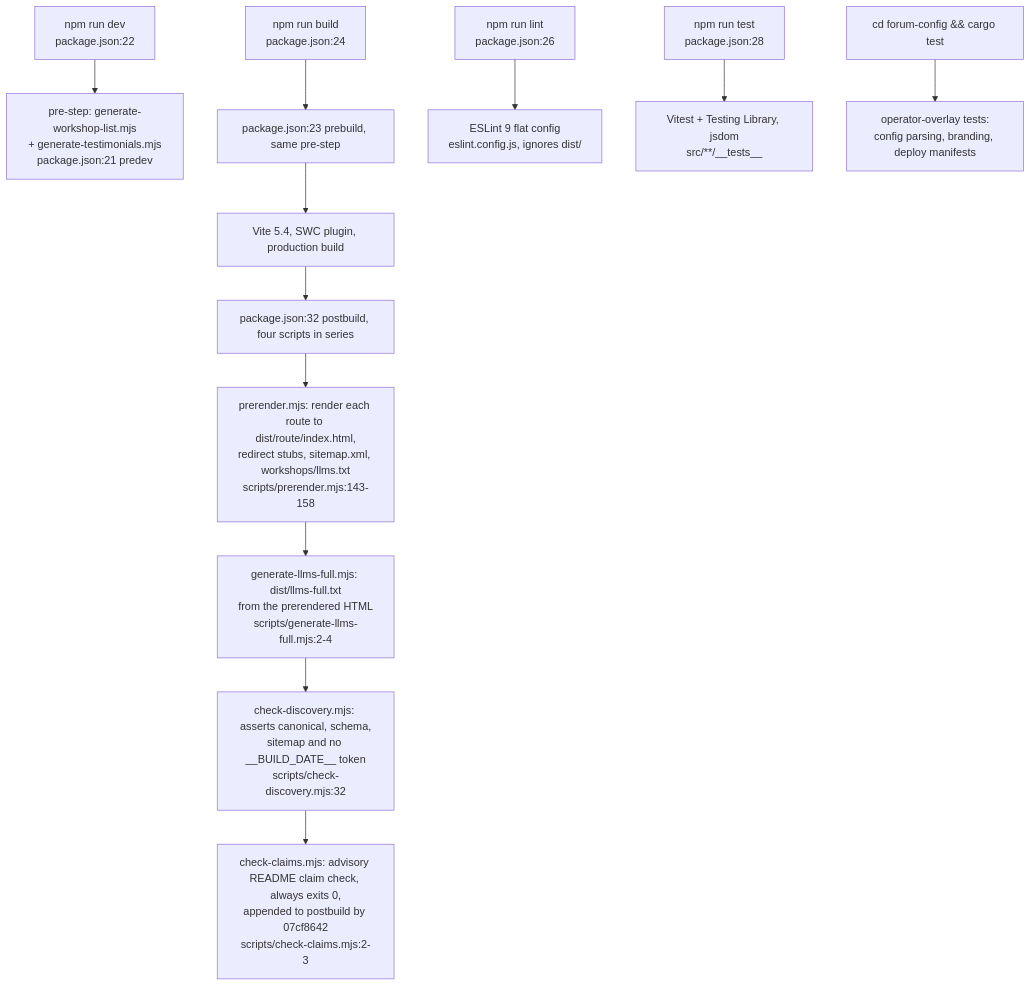
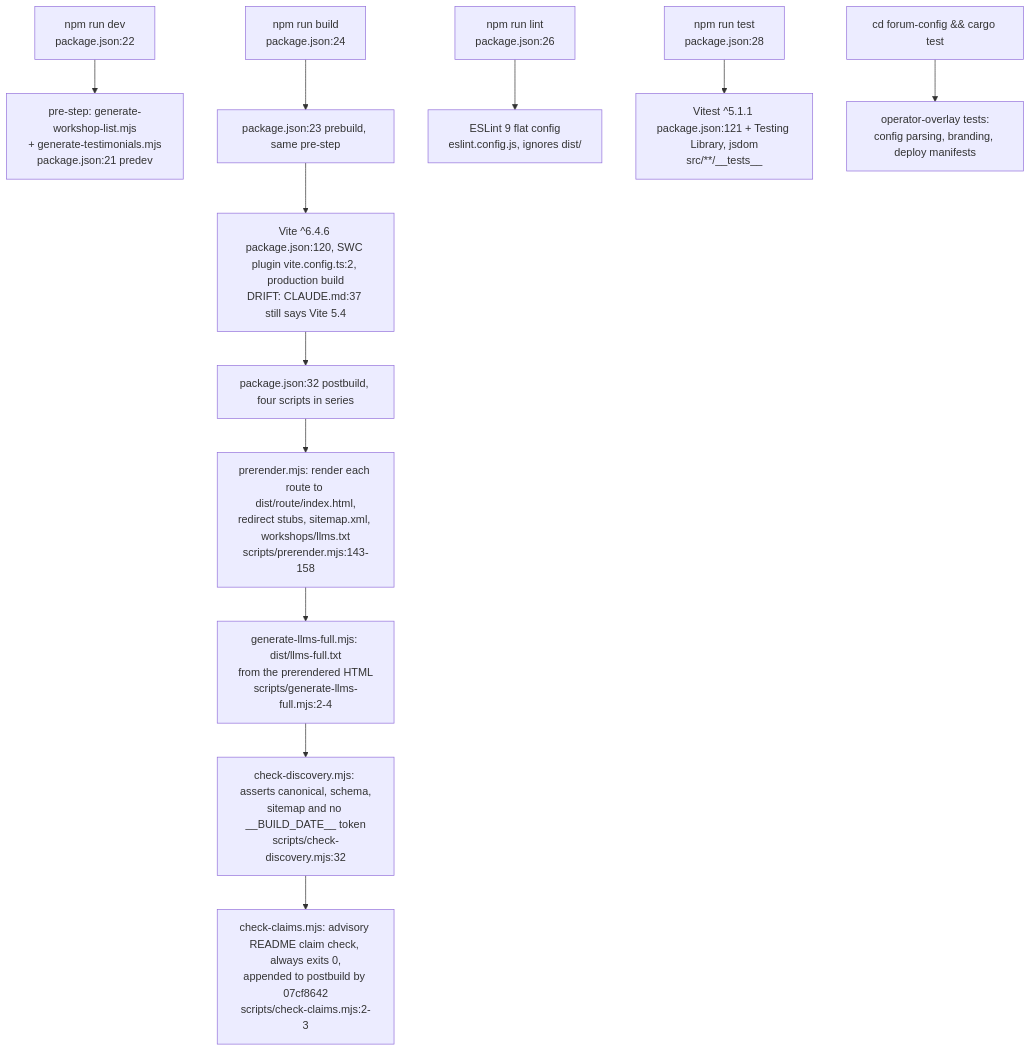
One commit to DreamLab-AI/VisionFlow changed the second of 5 diagrams in docs/diagrams/dreamlab-ai-website/02-site-build-and-pages-deploy.md. Above: the diagram before and after it, drawn with Mermaid. The commit also changed other lines of this file and 6 other files, not shown here.

First line of the commit message:
docs(diagrams): pass C dreamlab-ai-website area re-verified at 5dc4c64 / forum de31aaa

````diff
--- a/docs/diagrams/dreamlab-ai-website/02-site-build-and-pages-deploy.md
+++ b/docs/diagrams/dreamlab-ai-website/02-site-build-and-pages-deploy.md
@@ -52,14 +52,14 @@
 ```mermaid
 flowchart TB
     DEV["npm run dev<br/>package.json:22"] --> PRE1["pre-step: generate-workshop-list.mjs<br/>+ generate-testimonials.mjs<br/>package.json:21 predev"]
     BUILD["npm run build<br/>package.json:24"] --> PRE1B["package.json:23 prebuild, same pre-step"]
-    PRE1B --> VITE["Vite 5.4, SWC plugin, production build"]
+    PRE1B --> VITE["Vite ^6.4.6 package.json:120, SWC plugin vite.config.ts:2, production build<br/>DRIFT: CLAUDE.md:37 still says Vite 5.4"]
     VITE --> POST["package.json:32 postbuild, four scripts in series"]
     POST --> PRER["prerender.mjs: render each route to dist/route/index.html,<br/>redirect stubs, sitemap.xml, workshops/llms.txt<br/>scripts/prerender.mjs:143-158"]
     PRER --> LLMS["generate-llms-full.mjs: dist/llms-full.txt<br/>from the prerendered HTML<br/>scripts/generate-llms-full.mjs:2-4"]
     LLMS --> DISC["check-discovery.mjs: asserts canonical, schema,<br/>sitemap and no __BUILD_DATE__ token<br/>scripts/check-discovery.mjs:32"]
     DISC --> CLM["check-claims.mjs: advisory README claim check, always exits 0,<br/>appended to postbuild by 07cf8642<br/>scripts/check-claims.mjs:2-3"]
     LINT["npm run lint<br/>package.json:26"] --> ESLINT["ESLint 9 flat config<br/>eslint.config.js, ignores dist/"]
-    TEST["npm run test<br/>package.json:28"] --> VITEST["Vitest + Testing Library, jsdom<br/>src/**/__tests__"]
+    TEST["npm run test<br/>package.json:28"] --> VITEST["Vitest ^5.1.1 package.json:121 + Testing Library, jsdom<br/>src/**/__tests__"]
     RUSTT["cd forum-config && cargo test"] --> RUSTOVERLAY["operator-overlay tests:<br/>config parsing, branding, deploy manifests"]
 ```
````
